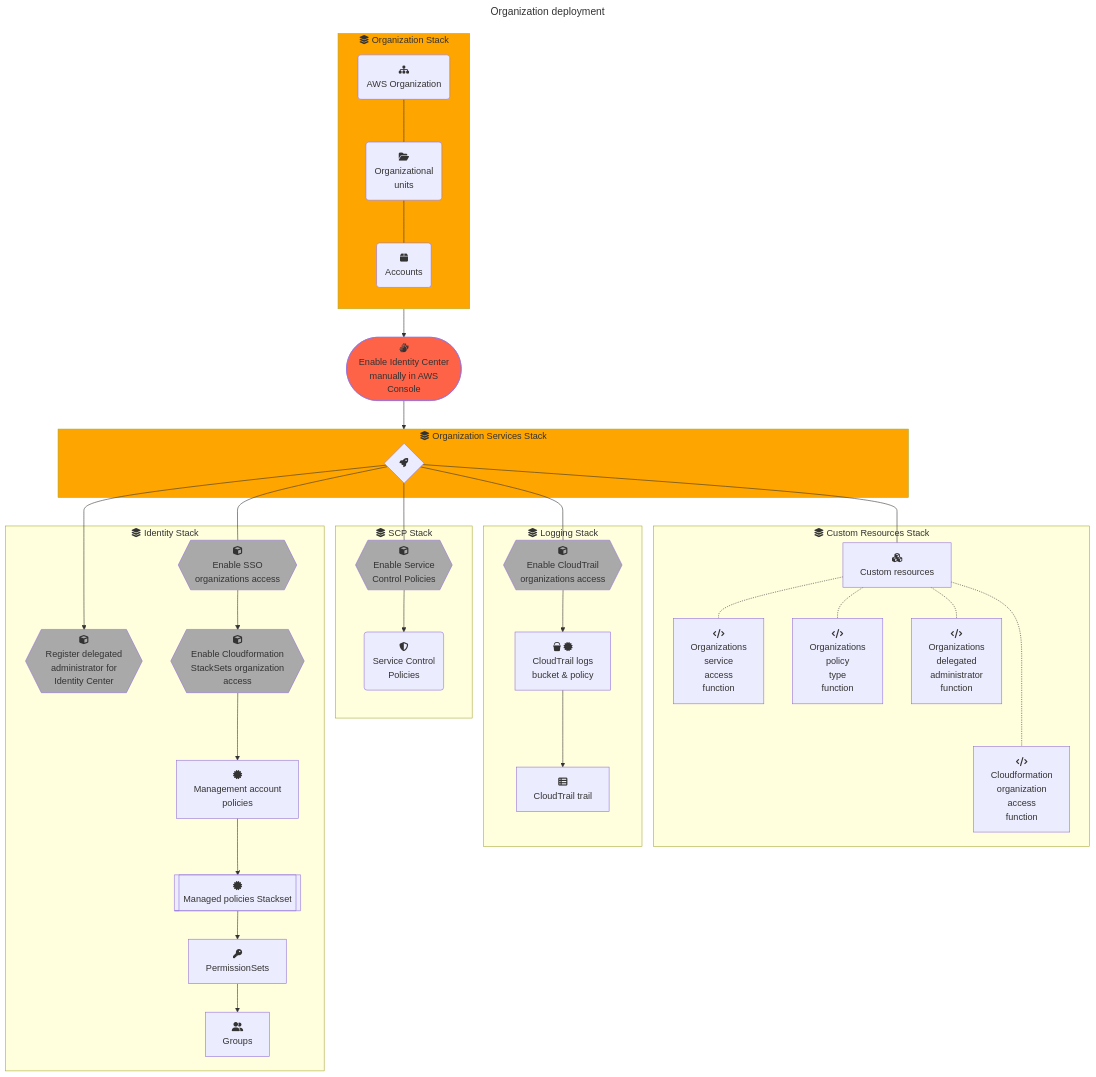
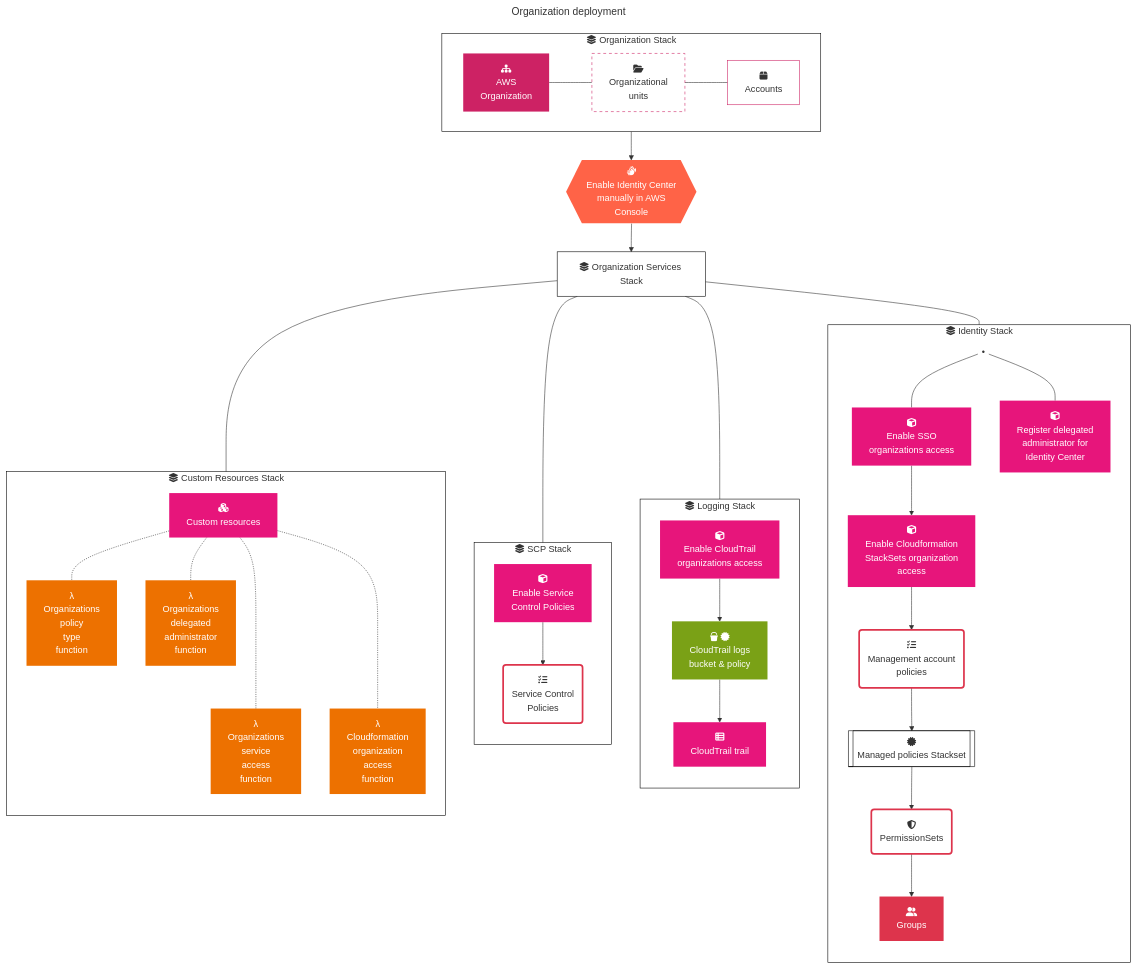
The second of 2 diagrams in README.md (moonline/Lab.AWS.Organizations), drawn with Mermaid before and after one commit. The commit also changed other lines of this file, not shown here.

Commit message:
Enhance diagram style

````diff
--- a/README.md
+++ b/README.md
@@ -42,62 +61,100 @@
 ---
 %% Icons see https://fontawesome.com/search?m=free
 flowchart TB
+    classDef account stroke:#CD2264,fill:white;
+    classDef unit stroke:#CD2264,stroke-dasharray: 5 5,fill:white;
+    classDef stack stroke:black,fill:white;
+    classDef lambda stroke:none,fill:#ED7100,color:white;
+    classDef customResource stroke:none,fill:#E7157B,color:white;
+    classDef policies stroke:#DD344C,stroke-width:3px,fill:white;
+
     subgraph organizationStack ["fa:fa-layer-group Organization Stack"]
-        style organizationStack fill:orange
-        direction TB
+        direction LR
 
-        organization(fa:fa-sitemap\nAWS Organization)
-            organization --- organizationalUnits("fa:fa-folder-open\nOrganizational\nunits")
-                organizationalUnits --- accounts("fa:fa-box\nAccounts")
+        organization["fa:fa-sitemap\nAWS\nOrganization"]
+            style organization fill:#CD2264,color:white,stroke:none;
+            organization --- organizationalUnits["fa:fa-folder-open\nOrganizational\nunits"]
+                organizationalUnits:::unit
+                organizationalUnits --- accounts["fa:fa-box\nAccounts"]
+                    accounts:::account
     end
+        organizationStack:::stack
 
-    organizationStack --> enableIdentityCenter(["fa:fa-hands\nEnable Identity Center\nmanually in AWS\nConsole"])
-        style enableIdentityCenter fill:tomato
+    organizationStack --> enableIdentityCenter{{"fa:fa-hands\nEnable Identity Center\nmanually in AWS\nConsole"}}
+        style enableIdentityCenter fill:tomato,stroke:none,color:white;
 
-    subgraph organizationServicesStack ["fa:fa-layer-group Organization Services Stack"]
-        style organizationServicesStack fill:orange
-
-        orgServicesDeployment{fa:fa-rocket}
-    end
+    organizationServicesStack["fa:fa-layer-group Organization Services Stack"]
+        organizationServicesStack:::stack
 
     enableIdentityCenter --> organizationServicesStack
 
     subgraph customResourcesStack ["fa:fa-layer-group Custom Resources Stack"]
-        orgServicesDeployment --- customResources[fa:fa-cubes\nCustom resources]
-            customResources -.- organizationsServiceAccess[fa:fa-code\nOrganizations\nservice\naccess\nfunction]
-            customResources -.- organizationsPolicyType[fa:fa-code\nOrganizations\npolicy\ntype\nfunction]
-            customResources -.- organizationsDelegatedAdministrator[fa:fa-code\nOrganizations\ndelegated\nadministrator\nfunction]
-            customResources -..- cloudFormationOrganizationAccess[fa:fa-code\nCloudformation\norganization\naccess\nfunction]
+        direction TB
+        customResources[fa:fa-cubes\nCustom resources]
+            customResources:::customResource
+
+            customResources -..- organizationsServiceAccess[λ\nOrganizations\nservice\naccess\nfunction]
+                organizationsServiceAccess:::lambda
+
+            customResources -.- organizationsPolicyType[λ\nOrganizations\npolicy\ntype\nfunction]
+                organizationsPolicyType:::lambda
+
+            customResources -.- organizationsDelegatedAdministrator[λ\nOrganizations\ndelegated\nadministrator\nfunction]
+                organizationsDelegatedAdministrator:::lambda
+
+            customResources -..- cloudFormationOrganizationAccess[λ\nCloudformation\norganization\naccess\nfunction]
+                cloudFormationOrganizationAccess:::lambda
     end
+        customResourcesStack:::stack
+        organizationServicesStack --- customResourcesStack
 
     subgraph serviceControlPoliciesStack ["fa:fa-layer-group SCP Stack"]
-        orgServicesDeployment --- enableSCPs{{fa:fa-cube\nEnable Service\nControl Policies}}
-            style enableSCPs fill:darkgrey
+        direction TB
+        enableSCPs["fa:fa-cube\nEnable Service\nControl Policies"]
+            enableSCPs:::customResource
 
-            enableSCPs --> scps(fa:fa-shield-halved\nService Control\nPolicies)
+            enableSCPs --> scps(fa:fa-list-check\nService Control\nPolicies)
+                scps:::policies
     end
+        serviceControlPoliciesStack:::stack
+        organizationServicesStack --- serviceControlPoliciesStack
 
     subgraph loggingStack ["fa:fa-layer-group Logging Stack"]
-        orgServicesDeployment --- enableCloudTrail{{fa:fa-cube\nEnable CloudTrail\norganizations access}}
+        direction TB
+        enableCloudTrail["fa:fa-cube\nEnable CloudTrail\norganizations access"]
             enableCloudTrail --> cloudTrailBucket[fa:fa-bucket fa:fa-certificate\nCloudTrail logs\nbucket & policy]
-                style enableCloudTrail fill:darkgrey
+                enableCloudTrail:::customResource
+                style cloudTrailBucket stroke:none,fill:#7AA116,color:white;
 
                 cloudTrailBucket --> cloudTrail[fa:fa-table-list\nCloudTrail trail]
+                    style cloudTrail stroke:none,fill:#E7157B,color:white;
     end
+        loggingStack:::stack
+        organizationServicesStack --- loggingStack
 
     subgraph identityStack ["fa:fa-layer-group Identity Stack"]
-        orgServicesDeployment --- enableSSO{{fa:fa-cube\nEnable SSO\norganizations access}}
-            style enableSSO fill:darkgrey
+        direction TB
+        is((•))
+        style is stroke:none,fill:none;
 
-        orgServicesDeployment ---> registerDelegatedAdmin{{fa:fa-cube\nRegister delegated\nadministrator for\nIdentity Center}}
-            style registerDelegatedAdmin fill:darkgrey
+        is --- enableSSO["fa:fa-cube\nEnable SSO\norganizations access"]
+            enableSSO:::customResource
 
-            enableSSO --> enableCloudformation{{fa:fa-cube\nEnable Cloudformation\nStackSets organization\naccess}}
-                style enableCloudformation fill:darkgrey
+        is --- registerDelegatedAdmin["fa:fa-cube\nRegister delegated\nadministrator for\nIdentity Center"]
+            registerDelegatedAdmin:::customResource
 
-                enableCloudformation --> managementPolicies[fa:fa-certificate\nManagement account\npolicies]
+            enableSSO --> enableCloudformation["fa:fa-cube\nEnable Cloudformation\nStackSets organization\naccess"]
+                enableCloudformation:::customResource
+
+                enableCloudformation --> managementPolicies(fa:fa-list-check\nManagement account\npolicies)
+                    managementPolicies:::policies
                     managementPolicies --> managedPolicies[[fa:fa-certificate\nManaged policies Stackset]]
-                        managedPolicies --> permissionSets[fa:fa-key\nPermissionSets]
+                        managedPolicies:::stack
+                        managedPolicies --> permissionSets(fa:fa-shield-halved\nPermissionSets)
+                            permissionSets:::policies
                             permissionSets --> groups[fa:fa-user-group\nGroups]
+                                style groups stroke:none,fill:#DD344C,color:white;
     end
+        identityStack:::stack
+        organizationServicesStack --- identityStack
 ```
````
